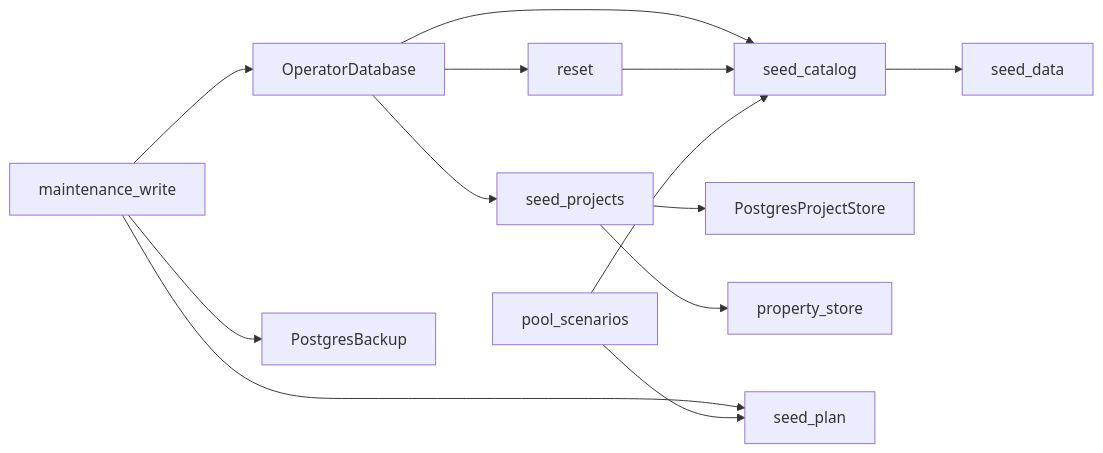
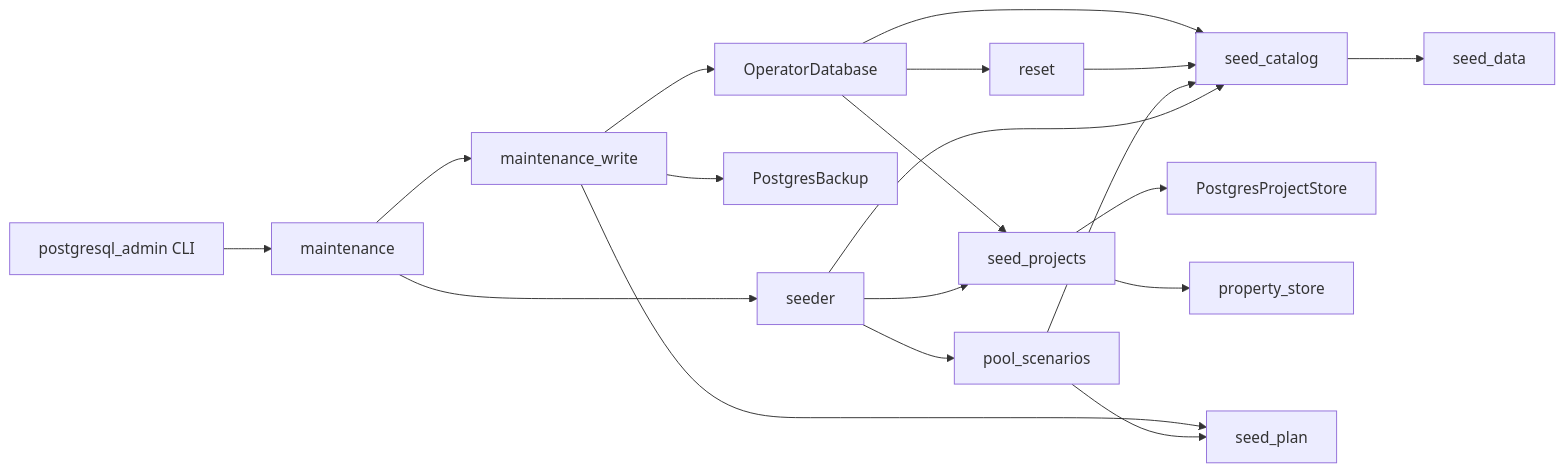
The diagram in docs/implementation/postgresql-seeding.md (cboguet83/eppm_demo), drawn with Mermaid before and after one commit. The commit also changed other lines of this file and 7 other files, not shown here.

````diff
--- a/docs/implementation/postgresql-seeding.md
+++ b/docs/implementation/postgresql-seeding.md
@@ -59,15 +66,21 @@
 ```mermaid
 flowchart LR
     OperatorDatabase --> seed_catalog
     OperatorDatabase --> seed_projects
     OperatorDatabase --> reset
     seed_catalog --> seed_data
     seed_projects --> PostgresProjectStore
     seed_projects --> property_store
     reset --> seed_catalog
     maintenance_write --> PostgresBackup
     maintenance_write --> OperatorDatabase
     maintenance_write --> seed_plan
     pool_scenarios --> seed_plan
     pool_scenarios --> seed_catalog
+    CLI[postgresql_admin CLI] --> maintenance
+    maintenance --> maintenance_write
+    maintenance --> seeder
+    seeder --> seed_catalog
+    seeder --> seed_projects
+    seeder --> pool_scenarios
 ```
````
